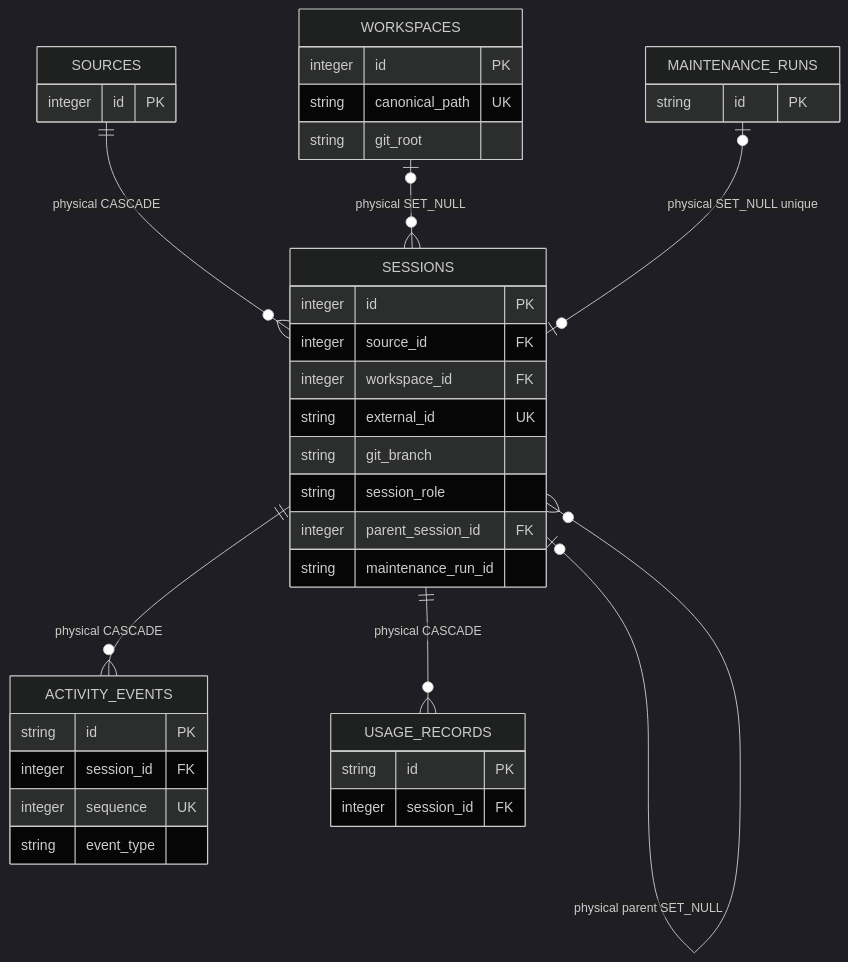
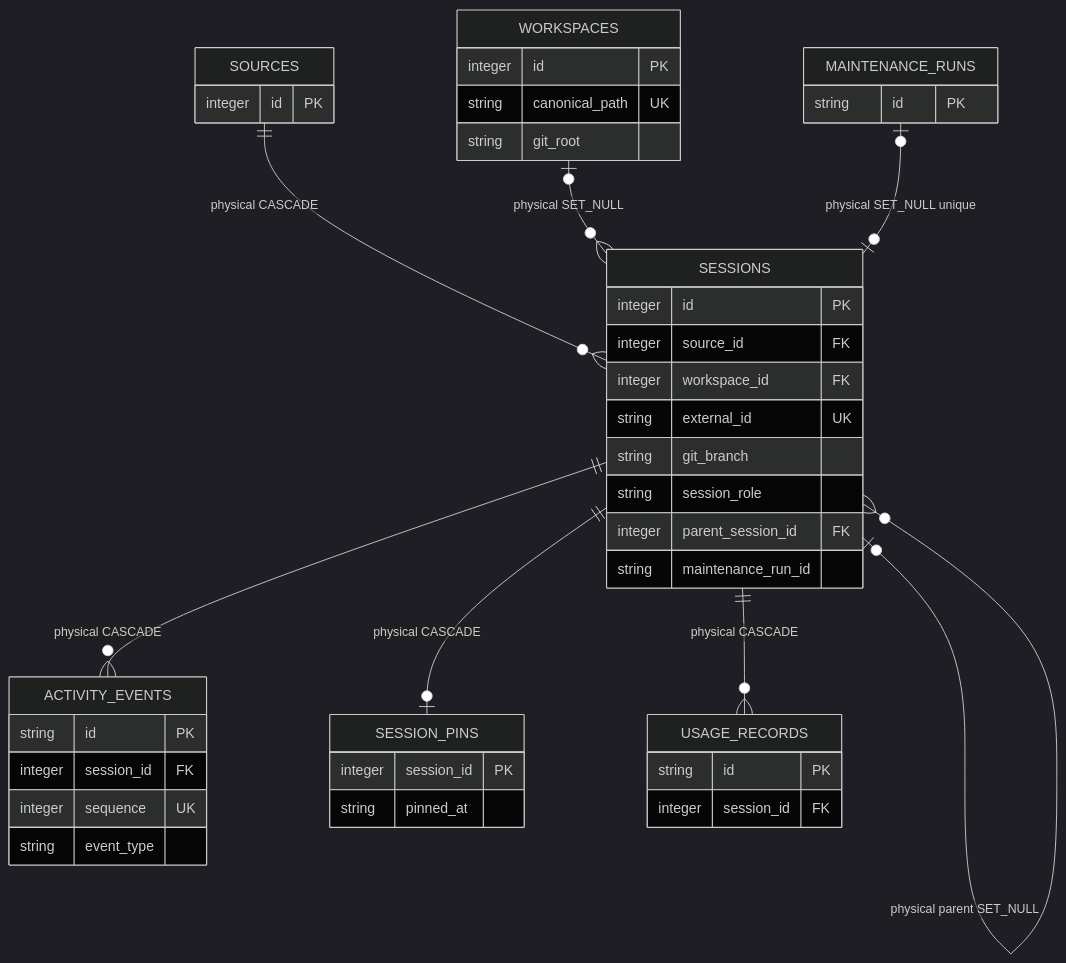
The diagram in docs/policies/project/data-model/workspace-and-session-activity.md (chochita0311/local-brain), drawn with Mermaid (dark theme) before and after one commit. The commit also changed other lines of this file and 157 other files, not shown here.

Commit message:
feat: complete Atlassian, schema, and session workflows

````diff
--- a/docs/policies/project/data-model/workspace-and-session-activity.md
+++ b/docs/policies/project/data-model/workspace-and-session-activity.md
@@ -9,34 +11,39 @@
 ```mermaid
 erDiagram
     SOURCES { integer id PK }
     WORKSPACES {
         integer id PK
         string canonical_path UK
         string git_root
     }
     SESSIONS {
         integer id PK
         integer source_id FK
         integer workspace_id FK
         string external_id UK
         string git_branch
         string session_role
         integer parent_session_id FK
         string maintenance_run_id
     }
     ACTIVITY_EVENTS {
         string id PK
         integer session_id FK
         integer sequence UK
         string event_type
     }
+    SESSION_PINS {
+        integer session_id PK
+        string pinned_at
+    }
     MAINTENANCE_RUNS { string id PK }
     USAGE_RECORDS { string id PK integer session_id FK }
 
     SOURCES ||--o{ SESSIONS : "physical CASCADE"
     WORKSPACES o|--o{ SESSIONS : "physical SET_NULL"
     SESSIONS o|--o{ SESSIONS : "physical parent SET_NULL"
     SESSIONS ||--o{ ACTIVITY_EVENTS : "physical CASCADE"
+    SESSIONS ||--o| SESSION_PINS : "physical CASCADE"
     SESSIONS ||--o{ USAGE_RECORDS : "physical CASCADE"
     MAINTENANCE_RUNS o|--o| SESSIONS : "physical SET_NULL unique"
 ```
````
